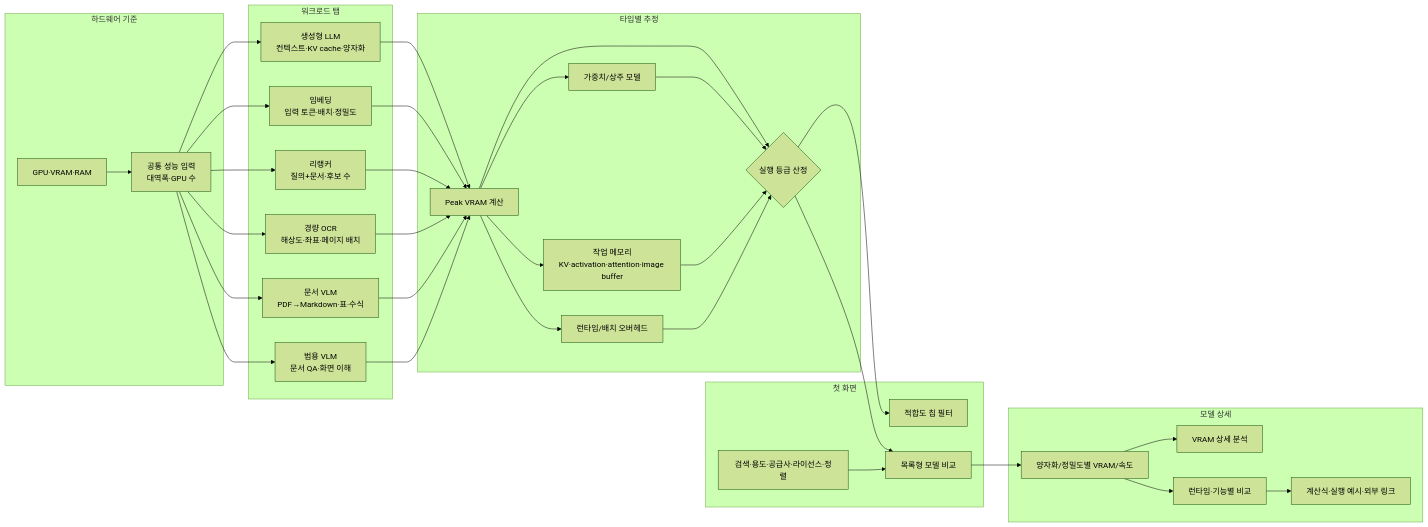
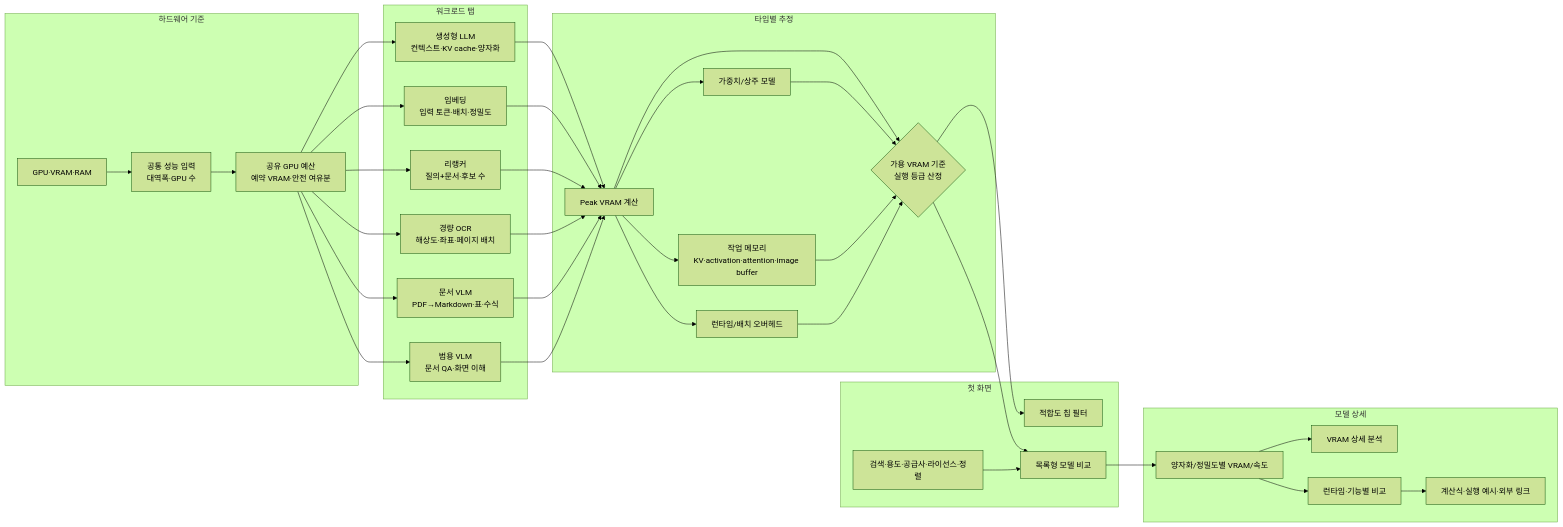
The second of 3 diagrams in README.md (jaeseok614/llm-gpu-checker-ko), drawn with Mermaid (forest theme) before and after one commit. The commit also changed other lines of this file and 4 other files, not shown here.

````diff
--- a/README.md
+++ b/README.md
@@ -95,65 +96,67 @@
 ```mermaid
 flowchart LR
   subgraph Hardware[하드웨어 기준]
     A[GPU·VRAM·RAM]
     B[공통 성능 입력<br/>대역폭·GPU 수]
+    C[공유 GPU 예산<br/>예약 VRAM·안전 여유분]
   end
 
   subgraph Workload[워크로드 탭]
     W1[생성형 LLM<br/>컨텍스트·KV cache·양자화]
     W2[임베딩<br/>입력 토큰·배치·정밀도]
     W3[리랭커<br/>질의+문서·후보 수]
     W4[경량 OCR<br/>해상도·좌표·페이지 배치]
     W5[문서 VLM<br/>PDF→Markdown·표·수식]
     W6[범용 VLM<br/>문서 QA·화면 이해]
   end
 
   subgraph Estimate[타입별 추정]
     H[Peak VRAM 계산]
     I[가중치/상주 모델]
     J[작업 메모리<br/>KV·activation·attention·image buffer]
     K[런타임/배치 오버헤드]
-    L{실행 등급 산정}
+    L{가용 VRAM 기준<br/>실행 등급 산정}
   end
 
   subgraph List[첫 화면]
     M[적합도 칩 필터]
     N[목록형 모델 비교]
     O[검색·용도·공급사·라이선스·정렬]
   end
 
   subgraph Detail[모델 상세]
     P[양자화/정밀도별 VRAM/속도]
     R[VRAM 상세 분석]
     S[런타임·기능별 비교]
     T[계산식·실행 예시·외부 링크]
   end
 
   A --> B
-  B --> W1
-  B --> W2
-  B --> W3
-  B --> W4
-  B --> W5
-  B --> W6
+  B --> C
+  C --> W1
+  C --> W2
+  C --> W3
+  C --> W4
+  C --> W5
+  C --> W6
   W1 --> H
   W2 --> H
   W3 --> H
   W4 --> H
   W5 --> H
   W6 --> H
   H --> I
   H --> J
   H --> K
   H --> L
   I --> L
   J --> L
   K --> L
   L --> M
   L --> N
   O --> N
   N --> P
   P --> R
   P --> S
   S --> T
 ```
````
